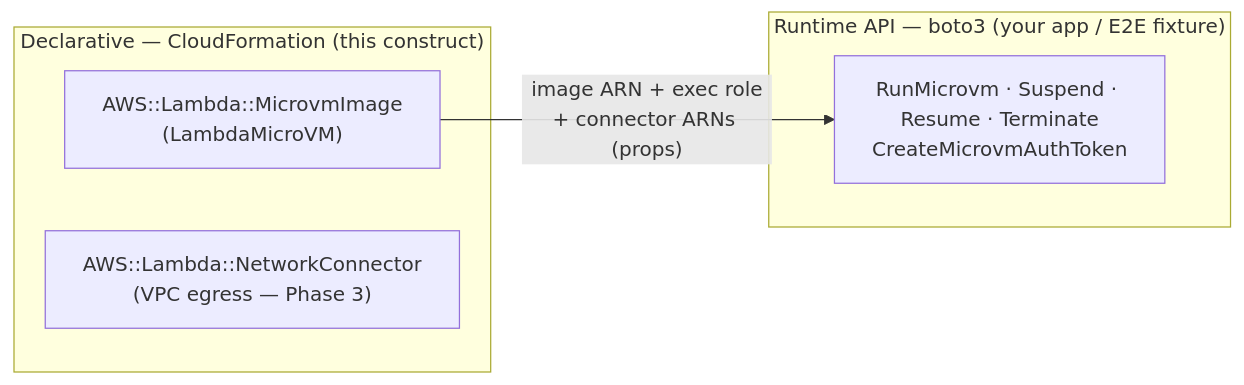
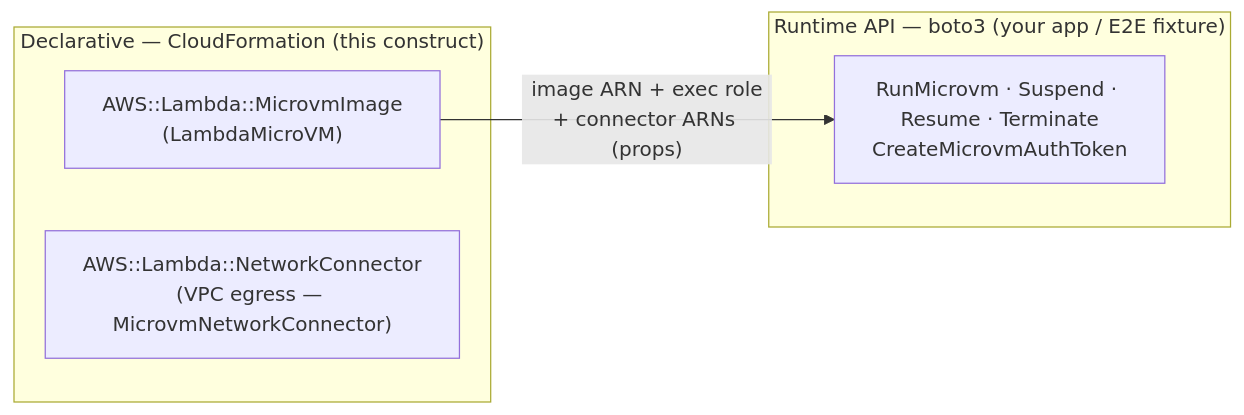
One commit to ran-isenberg/lambda-microvm-cdk-python changed the first of 3 diagrams in README.md. Above: the diagram before and after it, drawn with Mermaid. The commit also changed other lines of this file and 27 other files, not shown here.

First line of the commit message:
feature: VPC egress via MicrovmNetworkConnector (BYO-VPC) (#3)

````diff
--- a/README.md
+++ b/README.md
@@ -39,11 +39,11 @@
 ```mermaid
 flowchart LR
     subgraph CFN["Declarative — CloudFormation (this construct)"]
         IMG["AWS::Lambda::MicrovmImage<br/>(LambdaMicroVM)"]
-        NC["AWS::Lambda::NetworkConnector<br/>(VPC egress — Phase 3)"]
+        NC["AWS::Lambda::NetworkConnector<br/>(VPC egress — MicrovmNetworkConnector)"]
     end
     subgraph RT["Runtime API — boto3 (your app / E2E fixture)"]
         RUN["RunMicrovm · Suspend · Resume · Terminate<br/>CreateMicrovmAuthToken"]
     end
     IMG -- "image ARN + exec role<br/>+ connector ARNs (props)" --> RUN
 ```
````
